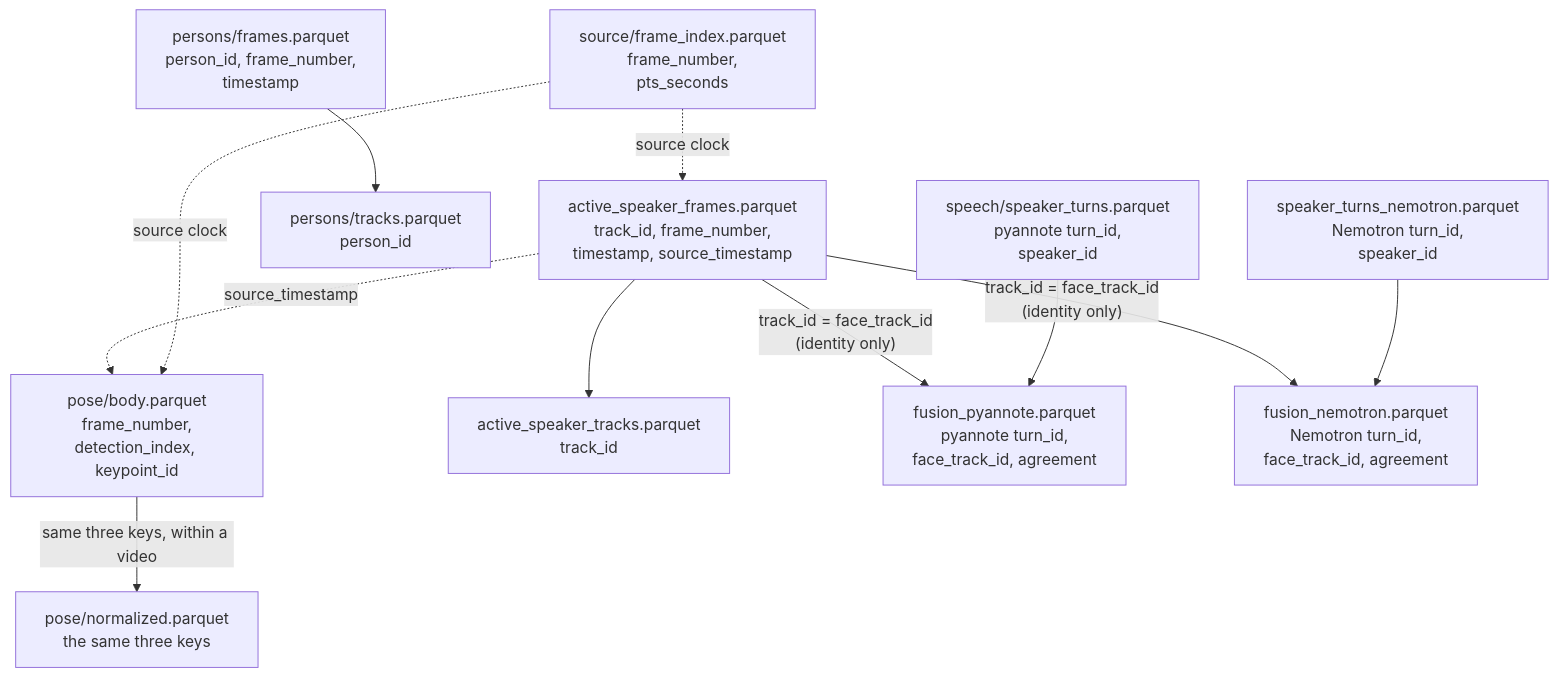
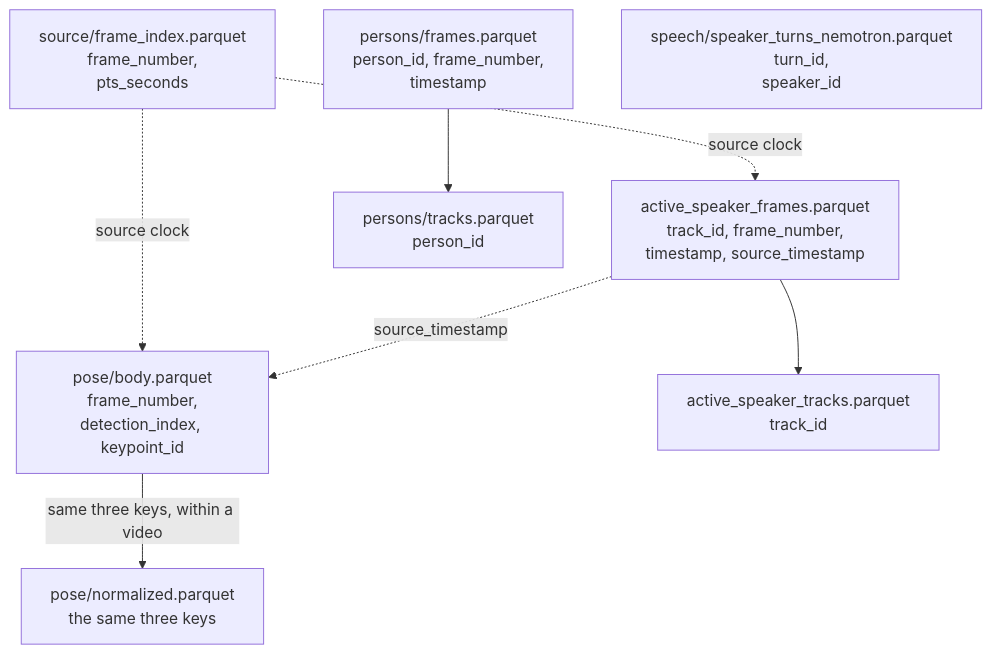
The second of 2 diagrams in docs/datasets.md (RaulKite/storytell-pipeline), drawn with Mermaid before and after one commit. The commit also changed other lines of this file and 18 other files, not shown here.

````diff
--- a/docs/datasets.md
+++ b/docs/datasets.md
@@ -123,22 +120,16 @@
 ```mermaid
 flowchart TB
     fi["source/frame_index.parquet<br/>frame_number,<br/>pts_seconds"]
     body["pose/body.parquet<br/>frame_number,<br/>detection_index, keypoint_id"]
     norm["pose/normalized.parquet<br/>the same three keys"]
     asd["active_speaker_frames.parquet<br/>track_id, frame_number,<br/>timestamp, source_timestamp"]
     asdt["active_speaker_tracks.parquet<br/>track_id"]
     pf["persons/frames.parquet<br/>person_id, frame_number,<br/>timestamp"]
     pt["persons/tracks.parquet<br/>person_id"]
-    fusP["fusion_pyannote.parquet<br/>pyannote turn_id,<br/>face_track_id, agreement"]
-    fusN["fusion_nemotron.parquet<br/>Nemotron turn_id,<br/>face_track_id, agreement"]
-    tr["speech/speaker_turns.parquet<br/>pyannote turn_id,<br/>speaker_id"]
-    trn["speaker_turns_nemotron.parquet<br/>Nemotron turn_id,<br/>speaker_id"]
+    trn["speech/speaker_turns_nemotron.parquet<br/>turn_id,<br/>speaker_id"]
     body -- "same three keys, within a video" --> norm
     asd --> asdt
     pf --> pt
-    tr --> fusP
-    trn --> fusN
-    asd -- "track_id = face_track_id<br/>(identity only)" --> fusP & fusN
     fi -. "source clock" .-> body & asd
     asd -. "source_timestamp" .-> body
 ```
````
